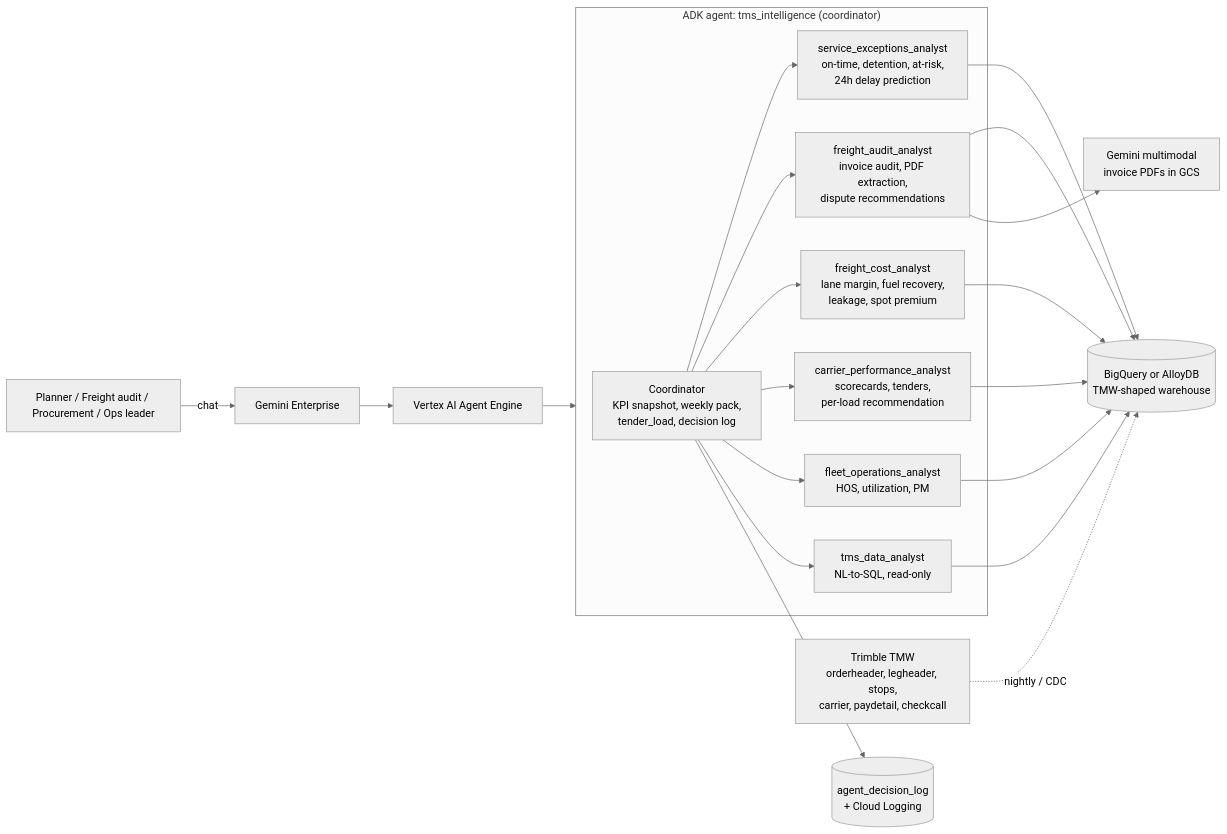
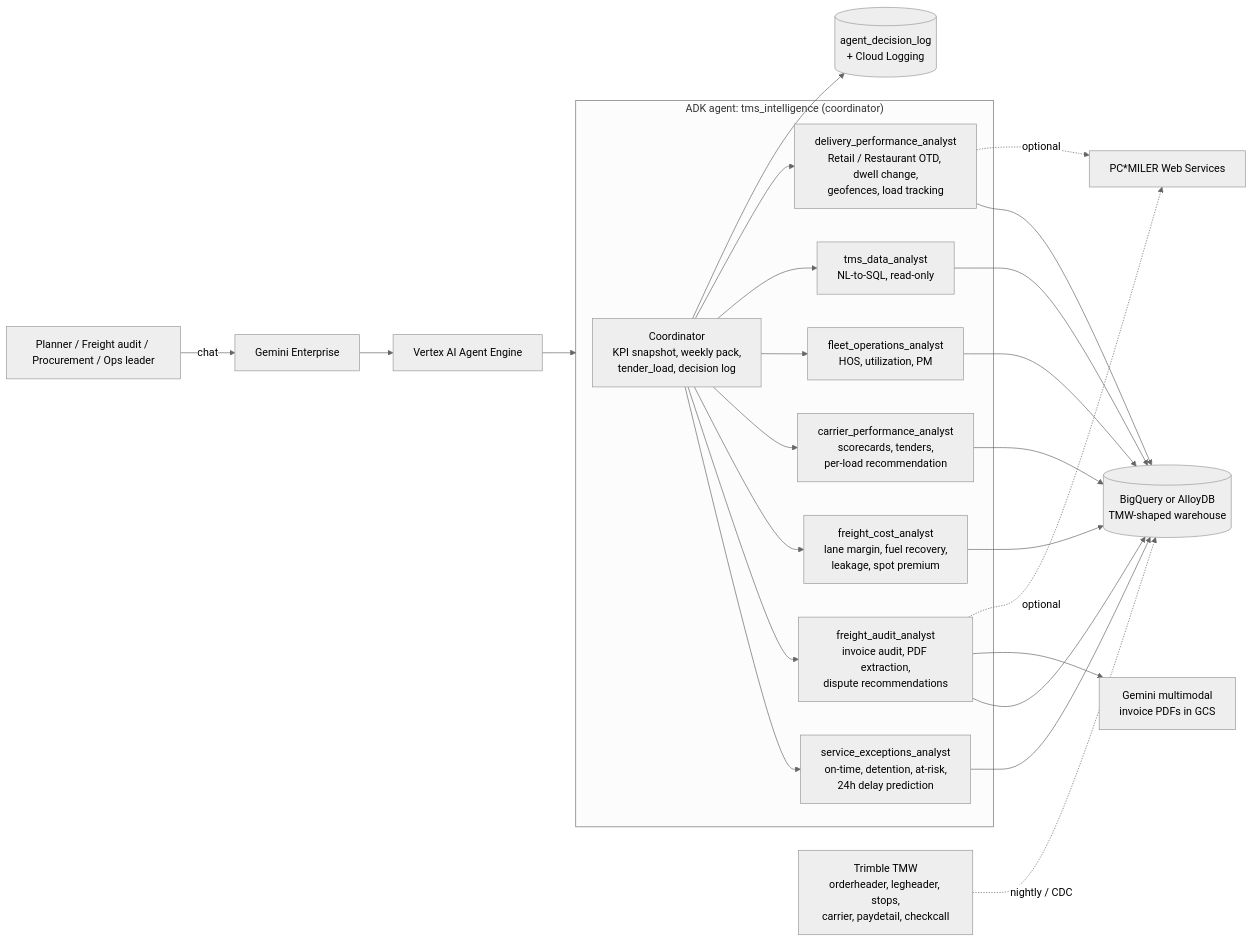
One commit to balum211/mclane-tms-intelligence-agent changed the diagram in README.md. Above: the diagram before and after it, drawn with Mermaid (neutral theme). The commit also changed other lines of this file and 60 other files, not shown here.

````diff
--- a/README.md
+++ b/README.md
@@ -25,19 +29,21 @@
 ```mermaid
 flowchart LR
   U[Planner / Freight audit / Procurement / Ops leader] -->|chat| GE[Gemini Enterprise]
   GE --> AE[Vertex AI Agent Engine]
   subgraph ADK["ADK agent: tms_intelligence (coordinator)"]
     C[Coordinator<br/>KPI snapshot, weekly pack,<br/>tender_load, decision log]
     C --> S1[service_exceptions_analyst<br/>on-time, detention, at-risk,<br/>24h delay prediction]
     C --> S2[freight_audit_analyst<br/>invoice audit, PDF extraction,<br/>dispute recommendations]
     C --> S3[freight_cost_analyst<br/>lane margin, fuel recovery,<br/>leakage, spot premium]
     C --> S4[carrier_performance_analyst<br/>scorecards, tenders,<br/>per-load recommendation]
     C --> S5[fleet_operations_analyst<br/>HOS, utilization, PM]
     C --> S6[tms_data_analyst<br/>NL-to-SQL, read-only]
+    C --> S7[delivery_performance_analyst<br/>Retail / Restaurant OTD, dwell change,<br/>geofences, load tracking]
   end
   AE --> ADK
-  S1 & S2 & S3 & S4 & S5 & S6 --> DB[(BigQuery or AlloyDB<br/>TMW-shaped warehouse)]
+  S1 & S2 & S3 & S4 & S5 & S6 & S7 --> DB[(BigQuery or AlloyDB<br/>TMW-shaped warehouse)]
   S2 --> GM[Gemini multimodal<br/>invoice PDFs in GCS]
   C --> LOG[(agent_decision_log<br/>+ Cloud Logging)]
+  S2 & S7 -.optional.-> PCM[PC*MILER Web Services]
   TMW[Trimble TMW<br/>orderheader, legheader, stops,<br/>carrier, paydetail, checkcall] -.nightly / CDC.-> DB
 ```
````
